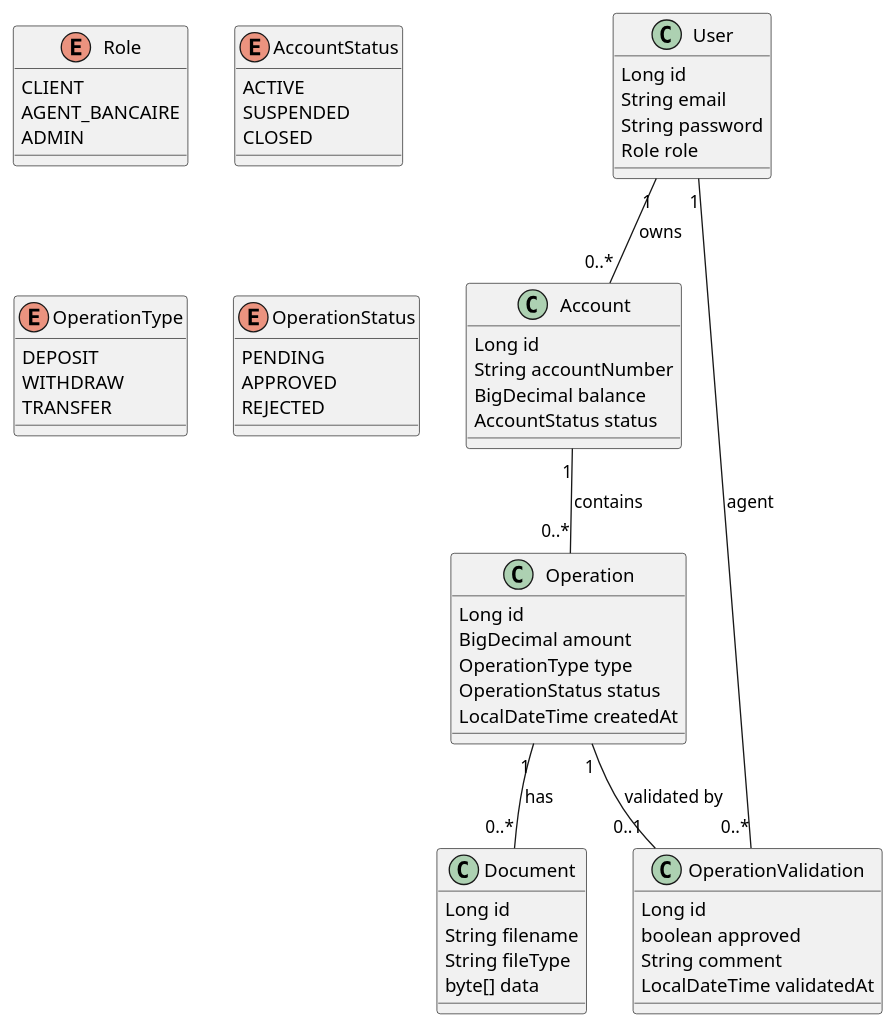
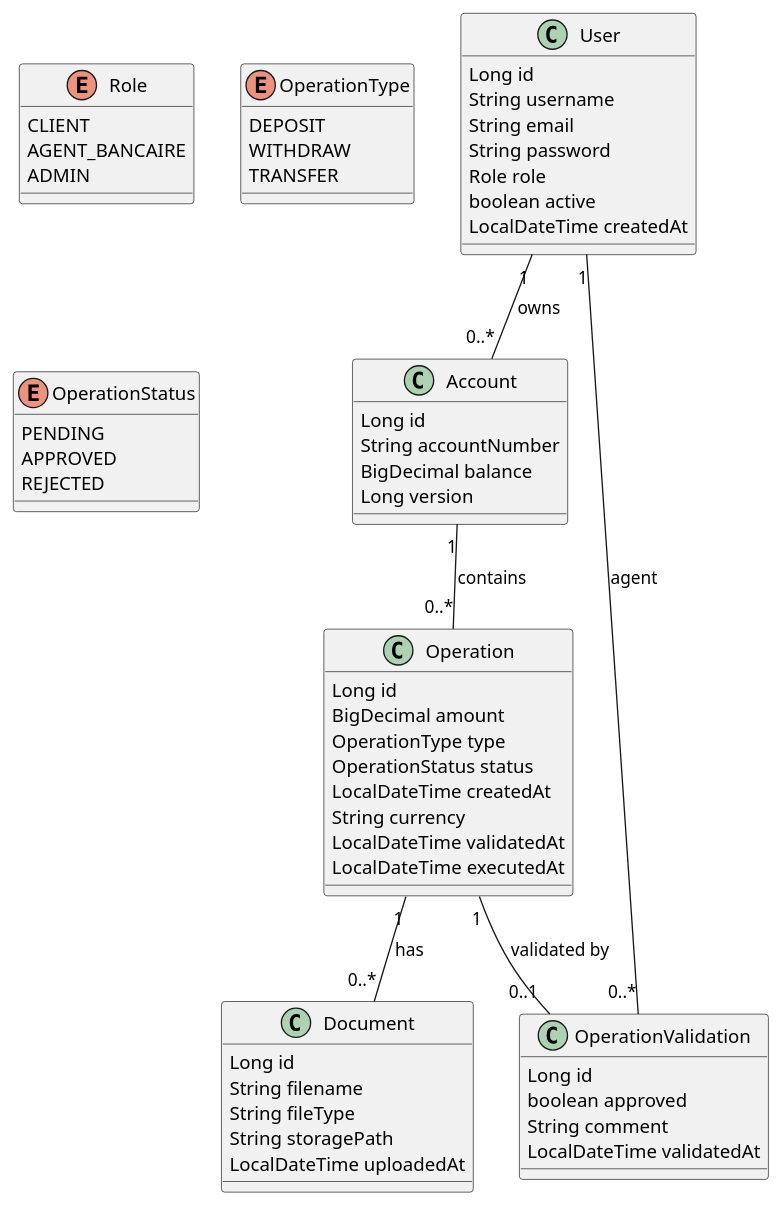
One commit to charafeddine-Web/NeoBank changed the diagram in neobank-app/src/main/resources/uml/diagramme-classe-neobank.puml. Above: the diagram before and after it, drawn with PlantUML. The commit also changed 9 other files, not shown here.

```diff
--- a/neobank-app/src/main/resources/uml/diagramme-classe-neobank.puml
+++ b/neobank-app/src/main/resources/uml/diagramme-classe-neobank.puml
@@ -1,69 +1,72 @@
 @startuml
 
 enum Role {
   CLIENT
   AGENT_BANCAIRE
   ADMIN
 }
 
-enum AccountStatus {
-  ACTIVE
-  SUSPENDED
-  CLOSED
-}
+
 
 enum OperationType {
   DEPOSIT
   WITHDRAW
   TRANSFER
 }
 
 enum OperationStatus {
   PENDING
   APPROVED
   REJECTED
 }
 
 class User {
   Long id
+  String username
   String email
   String password
   Role role
+  boolean active
+  LocalDateTime createdAt
 }
 
 class Account {
   Long id
   String accountNumber
   BigDecimal balance
-  AccountStatus status
+  Long version
 }
 
 class Operation {
   Long id
   BigDecimal amount
   OperationType type
   OperationStatus status
   LocalDateTime createdAt
+  String currency
+  LocalDateTime validatedAt
+  LocalDateTime executedAt
 }
 
 class Document {
   Long id
   String filename
   String fileType
-  byte[] data
+  String storagePath
+  LocalDateTime uploadedAt
 }
 
 class OperationValidation {
   Long id
   boolean approved
   String comment
   LocalDateTime validatedAt
 }
 
 User "1" -- "0..*" Account : owns
 Account "1" -- "0..*" Operation : contains
 Operation "1" -- "0..*" Document : has
 Operation "1" -- "0..1" OperationValidation : validated by
 User "1" -- "0..*" OperationValidation : agent
 
 @enduml
```
